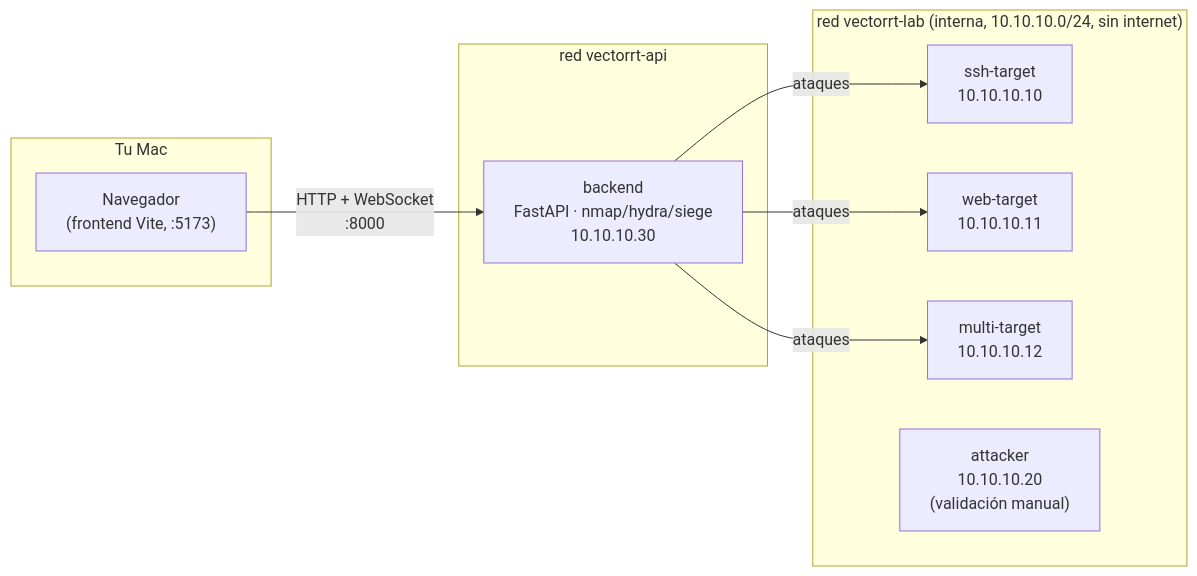
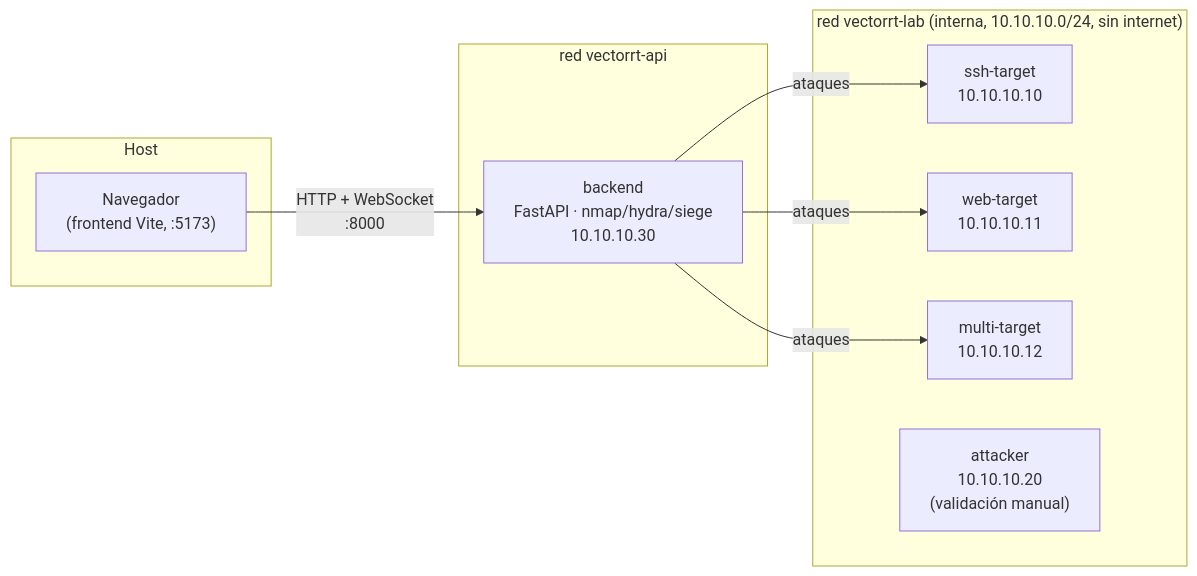
Before and after one commit to Viiktor08/VectorRT: the diagram in README.md, drawn with Mermaid. The commit also changed other lines of this file and 8 other files, not shown here.

````diff
--- a/README.md
+++ b/README.md
@@ -28,22 +34,22 @@
 ```mermaid
 flowchart LR
-    subgraph host["Tu Mac"]
+    subgraph host["Host"]
         browser["Navegador\n(frontend Vite, :5173)"]
     end
 
     subgraph api_net["red vectorrt-api"]
         browser -- "HTTP + WebSocket\n:8000" --> backend
     end
 
     subgraph lab_net["red vectorrt-lab (interna, 10.10.10.0/24, sin internet)"]
         backend["backend\nFastAPI · nmap/hydra/siege\n10.10.10.30"]
         ssh["ssh-target\n10.10.10.10"]
         web["web-target\n10.10.10.11"]
         multi["multi-target\n10.10.10.12"]
         attacker["attacker\n10.10.10.20\n(validación manual)"]
 
         backend -- ataques --> ssh
         backend -- ataques --> web
         backend -- ataques --> multi
     end
 ```
````
